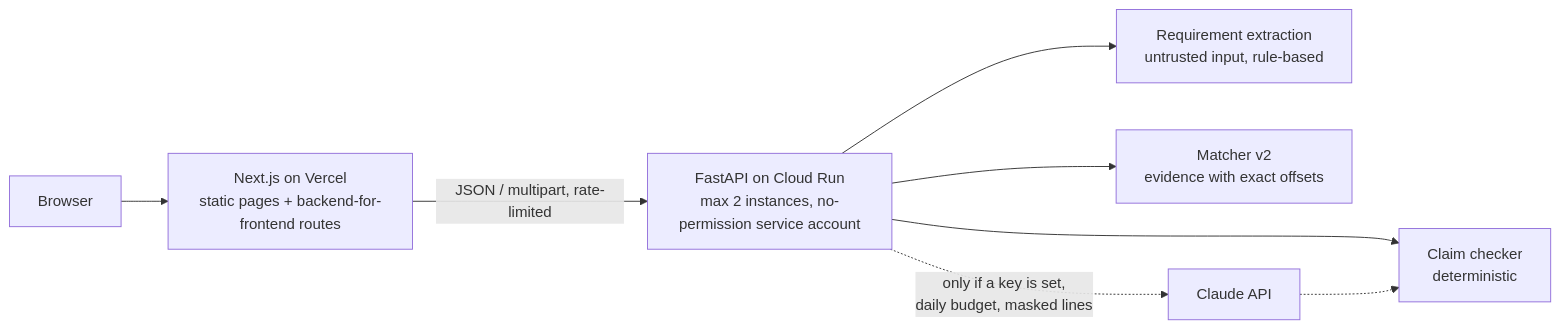
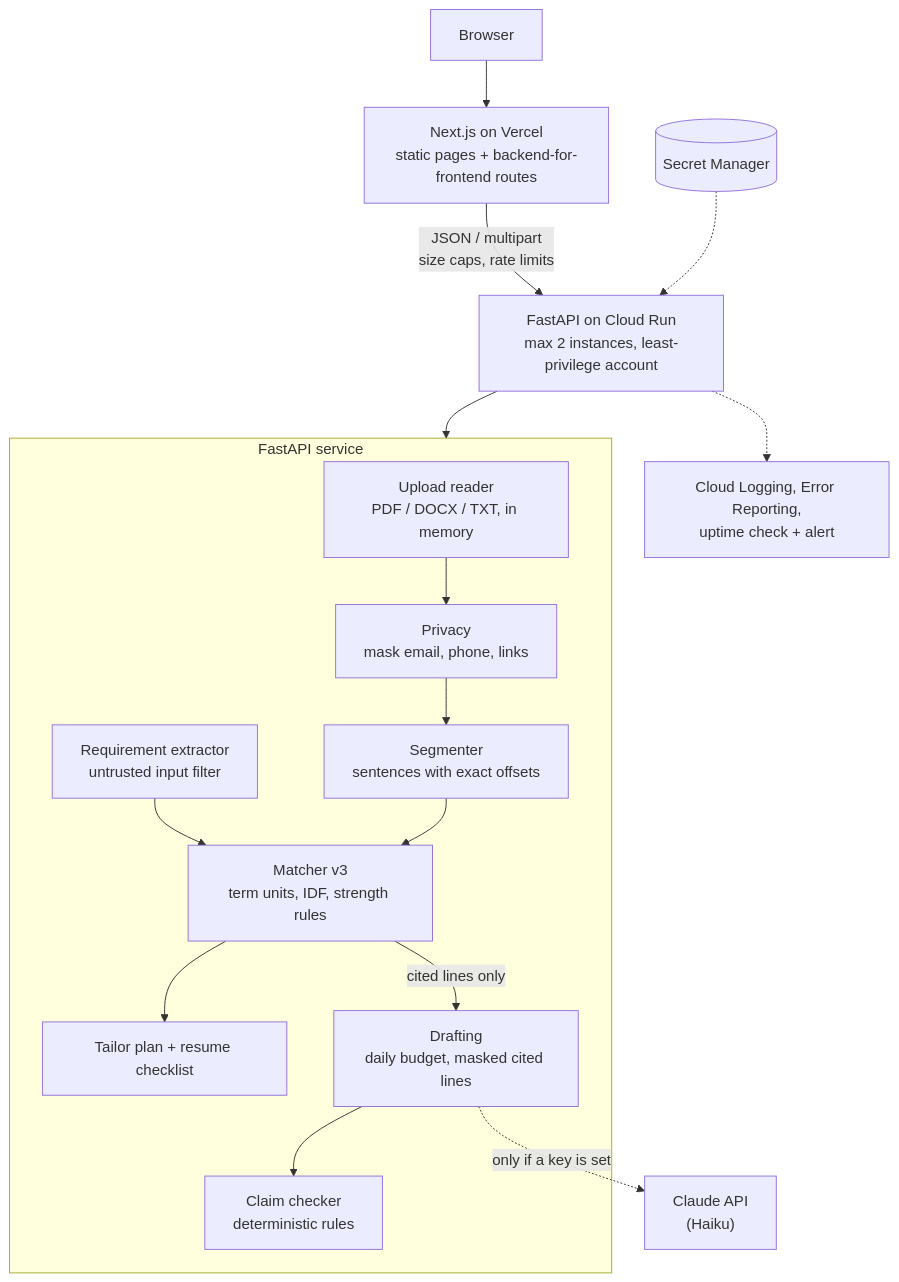
The second of 4 diagrams in README.md (chintan-02/resumeiq), drawn with Mermaid before and after one commit. The commit also changed other lines of this file and 10 other files, not shown here.

Commit message:
Rewrite README with architecture, screenshots and milestones; show flagged tools as written

````diff
--- a/README.md
+++ b/README.md
@@ -37,10 +113,18 @@
 ```mermaid
-flowchart LR
+flowchart TB
   U[Browser] --> W["Next.js on Vercel<br/>static pages + backend-for-frontend routes"]
-  W -->|"JSON / multipart, rate-limited"| A["FastAPI on Cloud Run<br/>max 2 instances, no-permission service account"]
-  A --> X["Requirement extraction<br/>untrusted input, rule-based"]
-  A --> M["Matcher v2<br/>evidence with exact offsets"]
-  A --> C["Claim checker<br/>deterministic"]
-  A -.->|"only if a key is set,<br/>daily budget, masked lines"| L[Claude API]
-  L -.-> C
+  W -->|"JSON / multipart<br/>size caps, rate limits"| A["FastAPI on Cloud Run<br/>max 2 instances, least-privilege account"]
+  subgraph API["FastAPI service"]
+    X["Upload reader<br/>PDF / DOCX / TXT, in memory"] --> P["Privacy<br/>mask email, phone, links"]
+    P --> S["Segmenter<br/>sentences with exact offsets"]
+    J["Requirement extractor<br/>untrusted input filter"] --> M
+    S --> M["Matcher v3<br/>term units, IDF, strength rules"]
+    M --> T["Tailor plan + resume checklist"]
+    M -->|"cited lines only"| D
+    D["Drafting<br/>daily budget, masked cited lines"] --> C["Claim checker<br/>deterministic rules"]
+  end
+  A --> API
+  D -.->|"only if a key is set"| L["Claude API<br/>(Haiku)"]
+  K[(Secret Manager)] -.-> A
+  A -.-> O["Cloud Logging, Error Reporting,<br/>uptime check + alert"]
 ```
````
